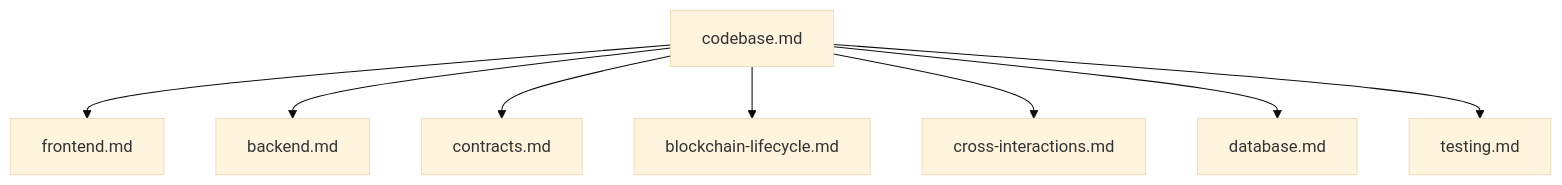
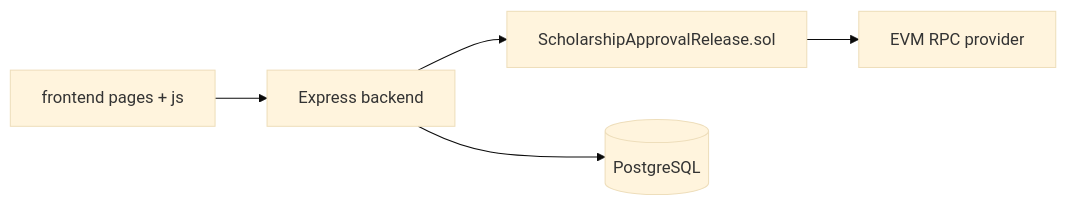
The first of 3 diagrams in docs/codebase.md (ahmedelbamby-aast/ScholarshipDisbursement), drawn with Mermaid (base theme) before and after one commit. The commit also changed other lines of this file and 60 other files, not shown here.

````diff
--- a/docs/codebase.md
+++ b/docs/codebase.md
@@ -14,10 +18,7 @@
 ```mermaid
-flowchart TD
-  A[codebase.md] --> B[frontend.md]
-  A --> C[backend.md]
-  A --> D[contracts.md]
-  A --> E[blockchain-lifecycle.md]
-  A --> F[cross-interactions.md]
-  A --> G[database.md]
-  A --> H[testing.md]
+flowchart LR
+  Frontend[frontend pages + js] --> Backend[Express backend]
+  Backend --> Contract[ScholarshipApprovalRelease.sol]
+  Backend --> DB[(PostgreSQL)]
+  Contract --> Chain[EVM RPC provider]
 ```
````
